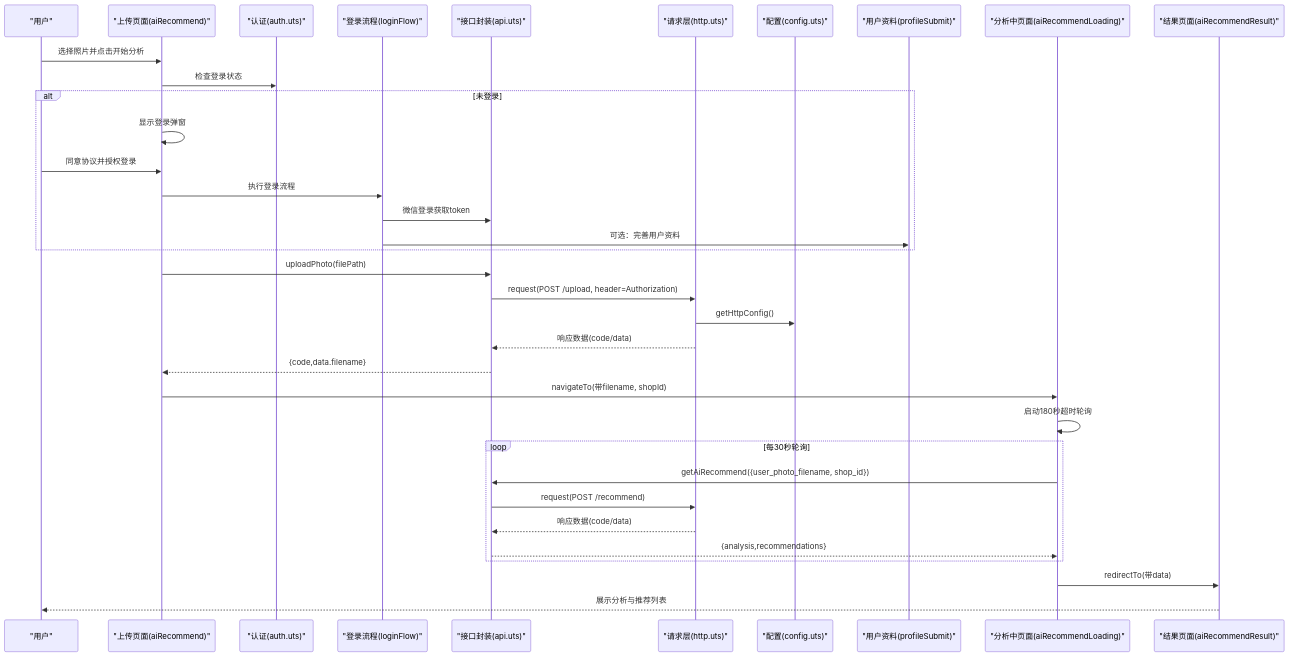
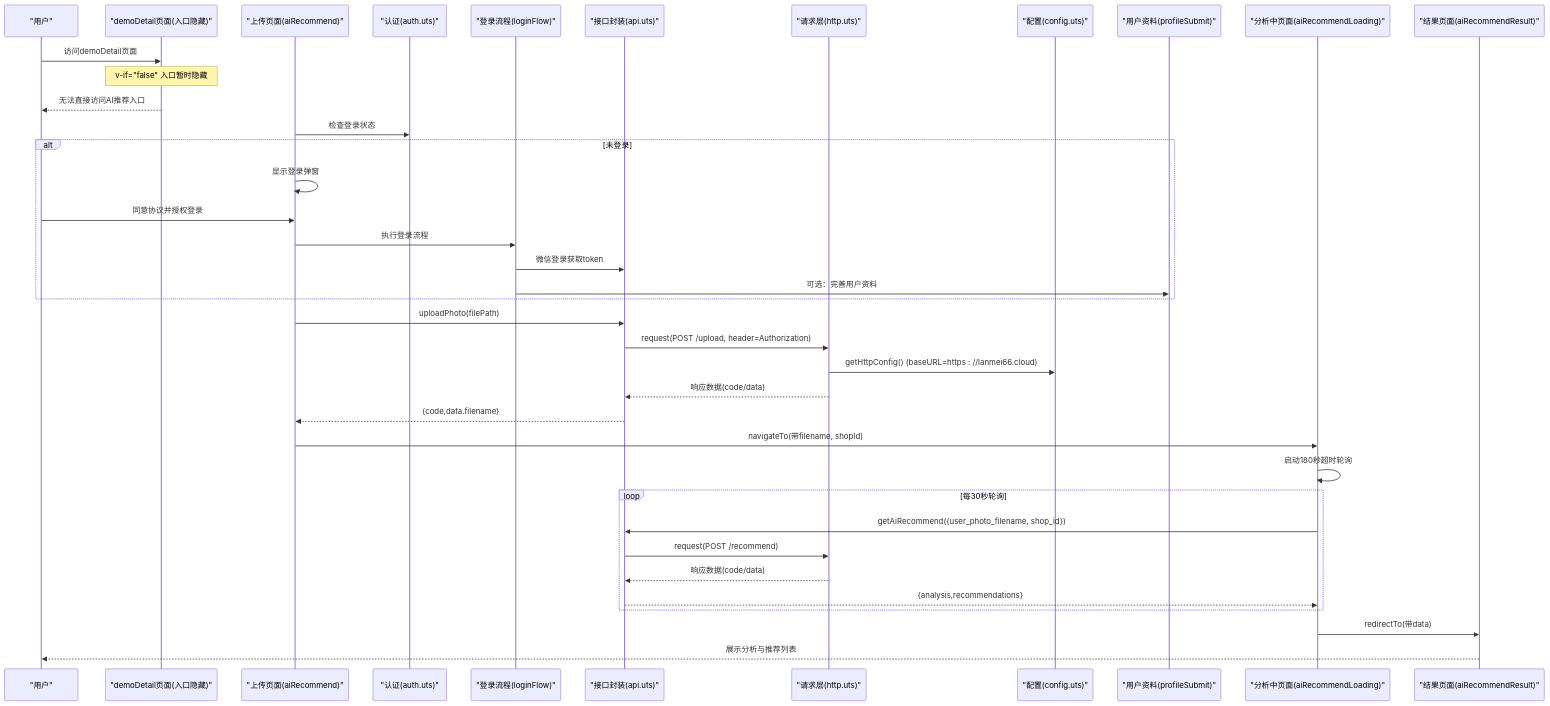
The second of 3 diagrams in .qoder/repowiki/zh/content/核心功能模块/AI服装推荐功能.md (crazyma99/blueberry), drawn with Mermaid before and after one commit. The commit also changed other lines of this file and 2 other files, not shown here.

First line of the commit message:
feat(config): 更新HTTP请求基础URL至新环境并隐藏AI推荐入口

````diff
--- a/.qoder/repowiki/zh/content/核心功能模块/AI服装推荐功能.md
+++ b/.qoder/repowiki/zh/content/核心功能模块/AI服装推荐功能.md
@@ -122,37 +129,40 @@
 ```mermaid
 sequenceDiagram
 participant U as "用户"
+participant D as "demoDetail页面(入口隐藏)"
 participant P1 as "上传页面(aiRecommend)"
 participant AUTH as "认证(auth.uts)"
 participant LOGIN as "登录流程(loginFlow)"
 participant API as "接口封装(api.uts)"
 participant HTTP as "请求层(http.uts)"
 participant CFG as "配置(config.uts)"
 participant PROFILE as "用户资料(profileSubmit)"
 participant P2 as "分析中页面(aiRecommendLoading)"
 participant P3 as "结果页面(aiRecommendResult)"
-U->>P1 : 选择照片并点击开始分析
+U->>D : 访问demoDetail页面
+Note over D : v-if="false" 入口暂时隐藏
+D-->>U : 无法直接访问AI推荐入口
 P1->>AUTH : 检查登录状态
 alt 未登录
 P1->>P1 : 显示登录弹窗
 U->>P1 : 同意协议并授权登录
 P1->>LOGIN : 执行登录流程
 LOGIN->>API : 微信登录获取token
 LOGIN->>PROFILE : 可选：完善用户资料
 end
 P1->>API : uploadPhoto(filePath)
 API->>HTTP : request(POST /upload, header=Authorization)
-HTTP->>CFG : getHttpConfig()
+HTTP->>CFG : getHttpConfig() (baseURL=https : //lanmei66.cloud)
 HTTP-->>API : 响应数据(code/data)
 API-->>P1 : {code,data.filename}
 P1->>P2 : navigateTo(带filename, shopId)
 P2->>P2 : 启动180秒超时轮询
 loop 每30秒轮询
 P2->>API : getAiRecommend({user_photo_filename, shop_id})
 API->>HTTP : request(POST /recommend)
 HTTP-->>API : 响应数据(code/data)
 API-->>P2 : {analysis,recommendations}
 end
 P2->>P3 : redirectTo(带data)
 P3-->>U : 展示分析与推荐列表
 ```
````
